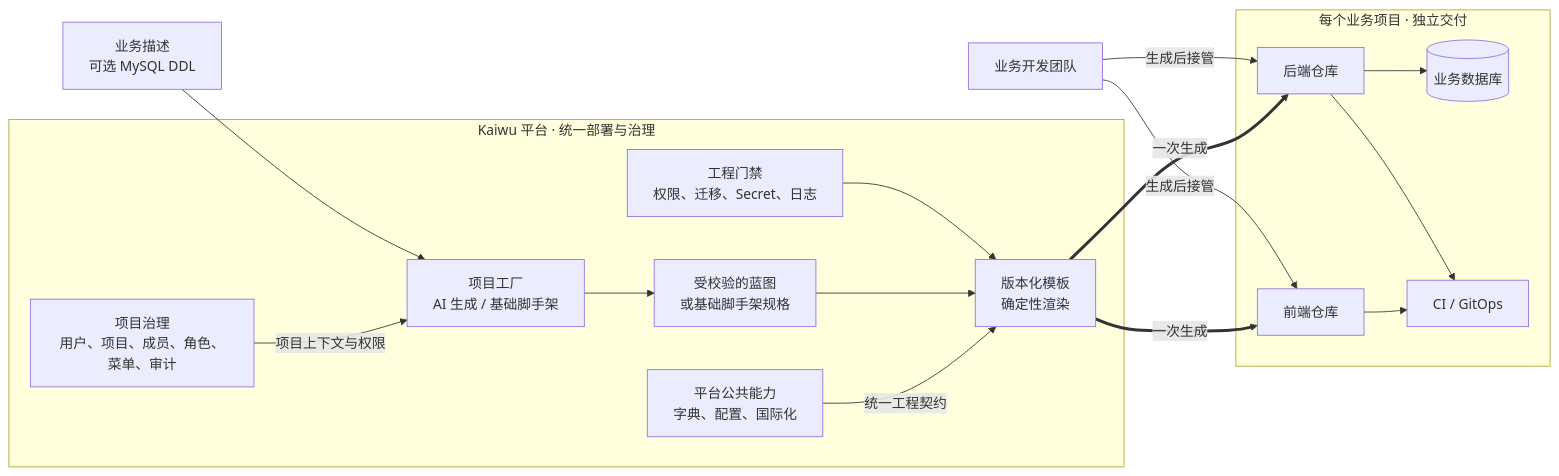
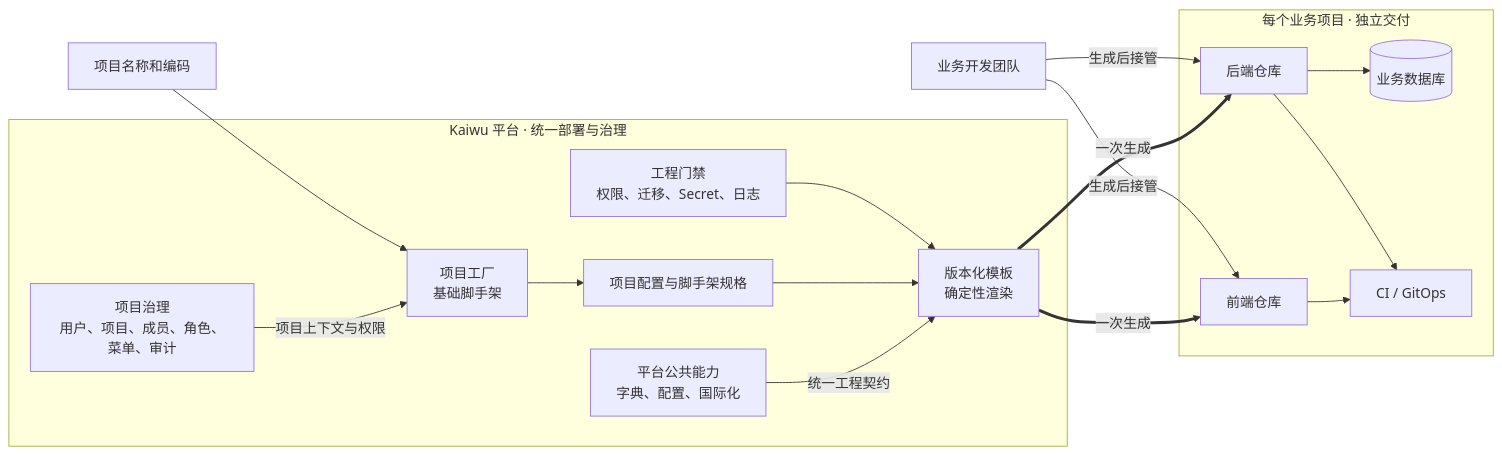
Before and after one commit to kaiwuzaidao/kaiwu-system-service: the first of 7 diagrams in docs/ARCHITECTURE-GUIDE.md, drawn with Mermaid. The commit also changed other lines of this file and 18 other files, not shown here.

````diff
--- a/docs/ARCHITECTURE-GUIDE.md
+++ b/docs/ARCHITECTURE-GUIDE.md
@@ -29,34 +25,34 @@
 ```mermaid
 flowchart LR
-    Demand["业务描述<br/>可选 MySQL DDL"]
+    Demand["项目名称和编码"]
 
     subgraph Kaiwu["Kaiwu 平台 · 统一部署与治理"]
         Governance["项目治理<br/>用户、项目、成员、角色、菜单、审计"]
         Metadata["平台公共能力<br/>字典、配置、国际化"]
-        Factory["项目工厂<br/>AI 生成 / 基础脚手架"]
-        Blueprint["受校验的蓝图<br/>或基础脚手架规格"]
+        Factory["项目工厂<br/>基础脚手架"]
+        Blueprint["项目配置与脚手架规格"]
         Templates["版本化模板<br/>确定性渲染"]
         Guardrails["工程门禁<br/>权限、迁移、Secret、日志"]
 
         Governance -->|"项目上下文与权限"| Factory
         Metadata -->|"统一工程契约"| Templates
         Factory --> Blueprint --> Templates
         Guardrails --> Templates
     end
 
     subgraph Project["每个业务项目 · 独立交付"]
         BizWeb["前端仓库"]
         BizService["后端仓库"]
         BizDB[("业务数据库")]
         Delivery["CI / GitOps"]
     end
 
     Demand --> Factory
     Templates ==>|"一次生成"| BizWeb
     Templates ==>|"一次生成"| BizService
     BizService --> BizDB
     BizWeb --> Delivery
     BizService --> Delivery
     Developer["业务开发团队"] -->|"生成后接管"| BizWeb
     Developer -->|"生成后接管"| BizService
 ```
````
